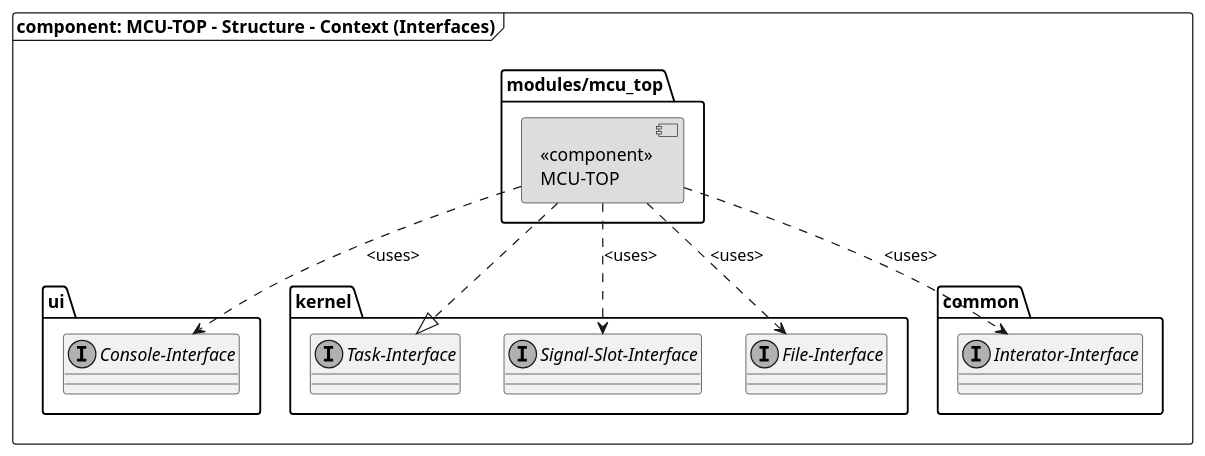
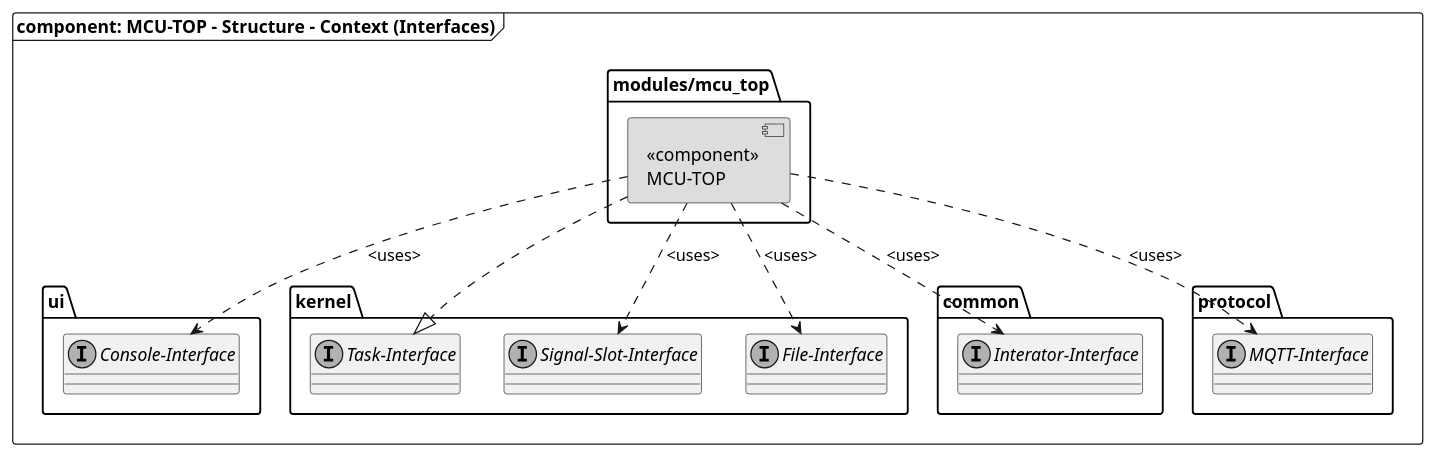
The diagram in src/modules/mcu_top/readme/uml/mcu_top_context_interfaces.puml (smuuze/rpi_control_frmwrk), drawn with PlantUML before and after one commit. The commit also changed 4 other files, not shown here.

Commit message:
FEAT: MCU-TOP - added feature to send MQTT messages with current task-load / switched to u64 vars to measure time

```diff
--- a/src/modules/mcu_top/readme/uml/mcu_top_context_interfaces.puml
+++ b/src/modules/mcu_top/readme/uml/mcu_top_context_interfaces.puml
@@ -1,63 +1,71 @@
 @startuml mcu_top_context_interfaces
 
 '***************************************************************************
 
 skinparam monochrome true
 ' skinparam linetype ortho
 
 '***************************************************************************
 
 frame "component: MCU-TOP - Structure - Context (Interfaces)" {
 
 '***************************************************************************
 
     folder "ui" {
 
         interface console_interface as "Console-Interface" {
 
         }
     }
 
     folder "kernel" {
 
         interface task_interface as "Task-Interface" {
 
         }
 
         interface signal_slot_interface as "Signal-Slot-Interface" {
 
         }
 
         interface file_interface as "File-Interface" {
 
         }
     }
 
     folder "common" {
 
         interface iterator_interface as "Interator-Interface" {
 
         }
     }
 
+    folder "protocol" {
+
+        interface mqtt_interface as "MQTT-Interface" {
+
+        }
+    }
+
     folder "modules/mcu_top" {
 
         component mcu_top #DDDDDD [
             <<component>>
             MCU-TOP
         ]
     }
 
     mcu_top .down.> console_interface : <uses>
     mcu_top .down.|> task_interface
     mcu_top .down.> signal_slot_interface : <uses>
     mcu_top .down.> iterator_interface : <uses>
     mcu_top .down.> file_interface : <uses>
+    mcu_top .down.> mqtt_interface : <uses>
 
 '***************************************************************************
 
 }
 
 '***************************************************************************
 
 @enduml
```
